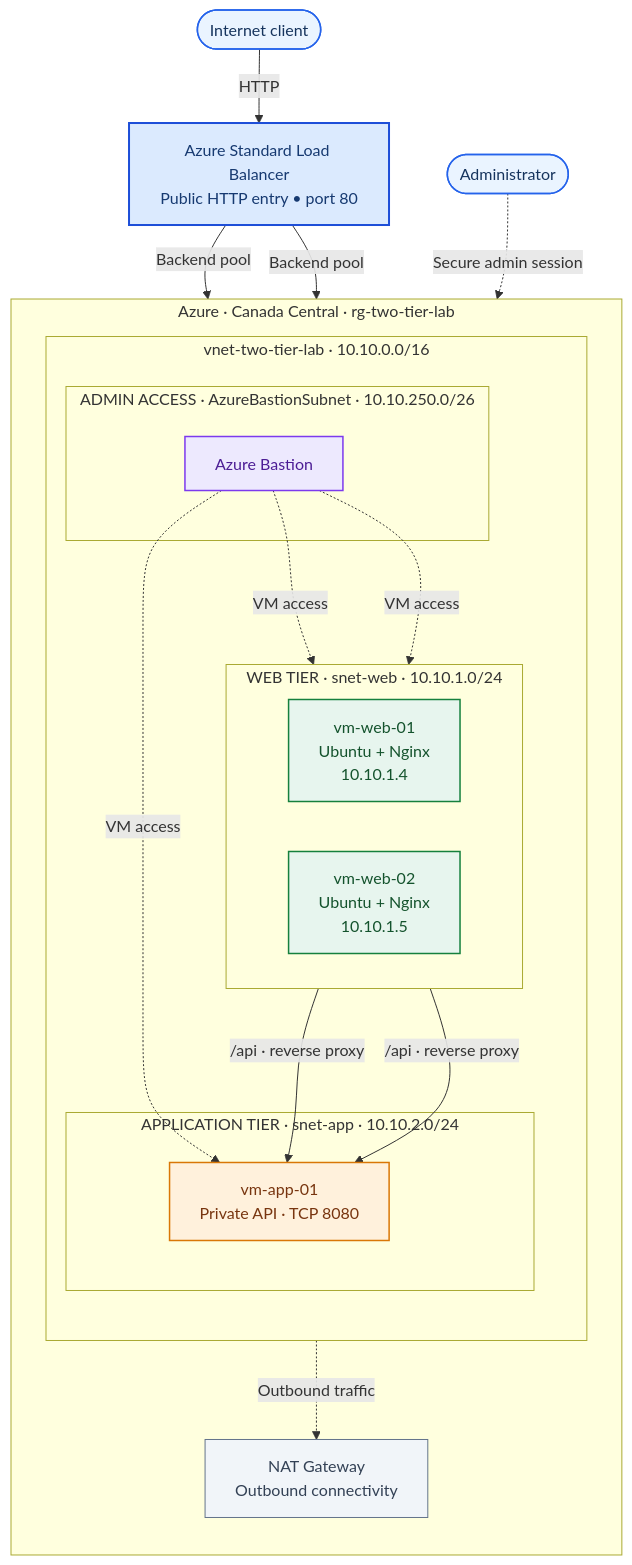
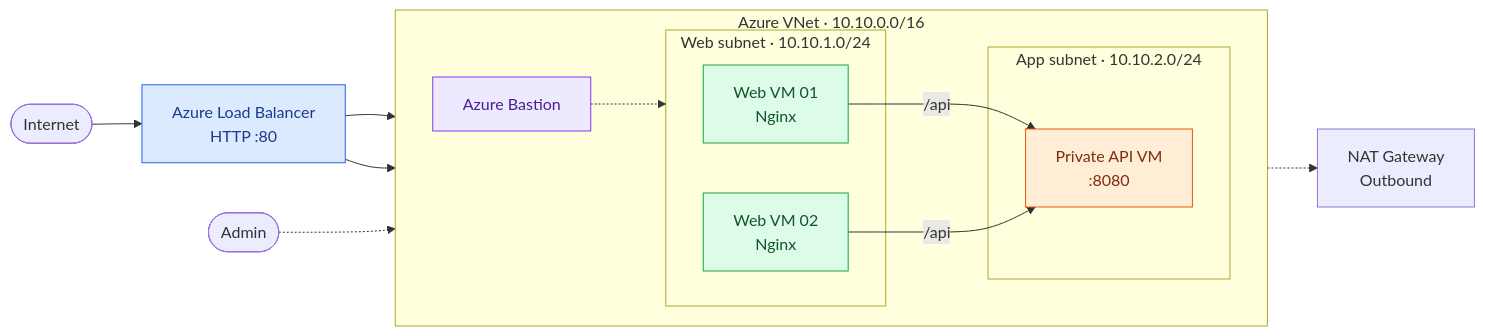
One commit to Nischay192/2-Tier-VNet-Bastion-Lab changed the diagram in README.md. Above: the diagram before and after it, drawn with Mermaid. The commit also changed other lines of this file, not shown here.

Commit message:
Simplify README architecture diagram

````diff
--- a/README.md
+++ b/README.md
@@ -15,49 +15,28 @@
 ```mermaid
-flowchart TB
-    CLIENT(["Internet client"])
-    ADMIN(["Administrator"])
-    LB["Azure Standard Load Balancer<br/>Public HTTP entry • port 80"]
-
-    subgraph RG["Azure · Canada Central · rg-two-tier-lab"]
-        direction TB
-        subgraph VNET["vnet-two-tier-lab · 10.10.0.0/16"]
-            direction TB
-            subgraph WEB["WEB TIER · snet-web · 10.10.1.0/24"]
-                direction LR
-                W1["vm-web-01<br/>Ubuntu + Nginx<br/>10.10.1.4"]
-                W2["vm-web-02<br/>Ubuntu + Nginx<br/>10.10.1.5"]
-            end
-            subgraph APP["APPLICATION TIER · snet-app · 10.10.2.0/24"]
-                API["vm-app-01<br/>Private API · TCP 8080"]
-            end
-            subgraph BASNET["ADMIN ACCESS · AzureBastionSubnet · 10.10.250.0/26"]
-                BAS["Azure Bastion"]
-            end
+flowchart LR
+    U(["Internet"]) --> LB["Azure Load Balancer<br/>HTTP :80"]
+    subgraph VNET["Azure VNet · 10.10.0.0/16"]
+        direction LR
+        subgraph WEB["Web subnet · 10.10.1.0/24"]
+            W1["Web VM 01<br/>Nginx"]
+            W2["Web VM 02<br/>Nginx"]
         end
-        NAT["NAT Gateway<br/>Outbound connectivity"]
+        subgraph APP["App subnet · 10.10.2.0/24"]
+            A["Private API VM<br/>:8080"]
+        end
+        B["Azure Bastion"]
     end
-
-    CLIENT -->|"HTTP"| LB
-    LB -->|"Backend pool"| W1
-    LB -->|"Backend pool"| W2
-    W1 -->|"/api · reverse proxy"| API
-    W2 -->|"/api · reverse proxy"| API
-    ADMIN -.->|"Secure admin session"| BAS
-    BAS -.->|"VM access"| W1
-    BAS -.->|"VM access"| W2
-    BAS -.->|"VM access"| API
-    WEB -.->|"Outbound traffic"| NAT
-
-    classDef external fill:#eaf4ff,stroke:#2563eb,color:#16345d,stroke-width:1.5px;
-    classDef entry fill:#dbeafe,stroke:#1d4ed8,color:#173a71,stroke-width:2px;
-    classDef web fill:#e7f5ee,stroke:#15803d,color:#14532d,stroke-width:1.5px;
-    classDef app fill:#fff1dc,stroke:#d97706,color:#78350f,stroke-width:1.5px;
-    classDef admin fill:#ede9fe,stroke:#7c3aed,color:#4c1d95,stroke-width:1.5px;
-    classDef egress fill:#f1f5f9,stroke:#64748b,color:#334155;
-    class CLIENT,ADMIN external;
-    class LB entry;
-    class W1,W2 web;
-    class API app;
-    class BAS admin;
-    class NAT egress;
+    LB --> W1 & W2
+    W1 & W2 -->|"/api"| A
+    Admin(["Admin"]) -.-> B
+    B -.-> WEB
+    WEB -.-> NAT["NAT Gateway<br/>Outbound"]
+    classDef blue fill:#dbeafe,stroke:#2563eb,color:#1e3a8a;
+    classDef green fill:#dcfce7,stroke:#16a34a,color:#14532d;
+    classDef amber fill:#ffedd5,stroke:#ea580c,color:#7c2d12;
+    classDef purple fill:#ede9fe,stroke:#7c3aed,color:#4c1d95;
+    class LB blue;
+    class W1,W2 green;
+    class A amber;
+    class B purple;
 ```
````
